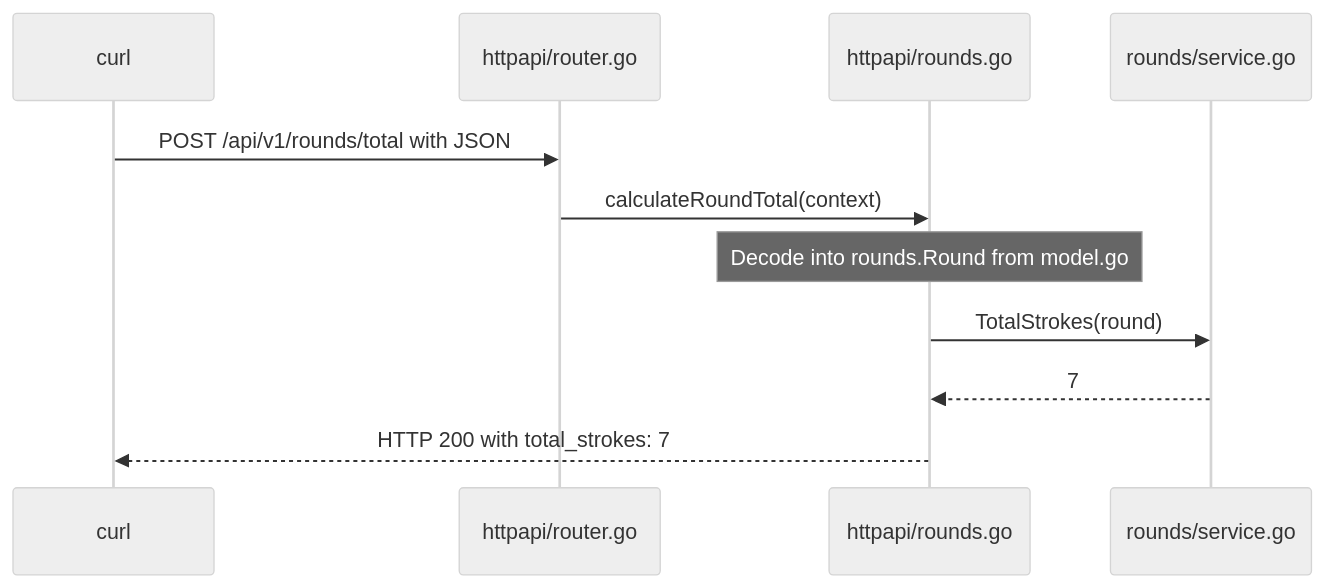
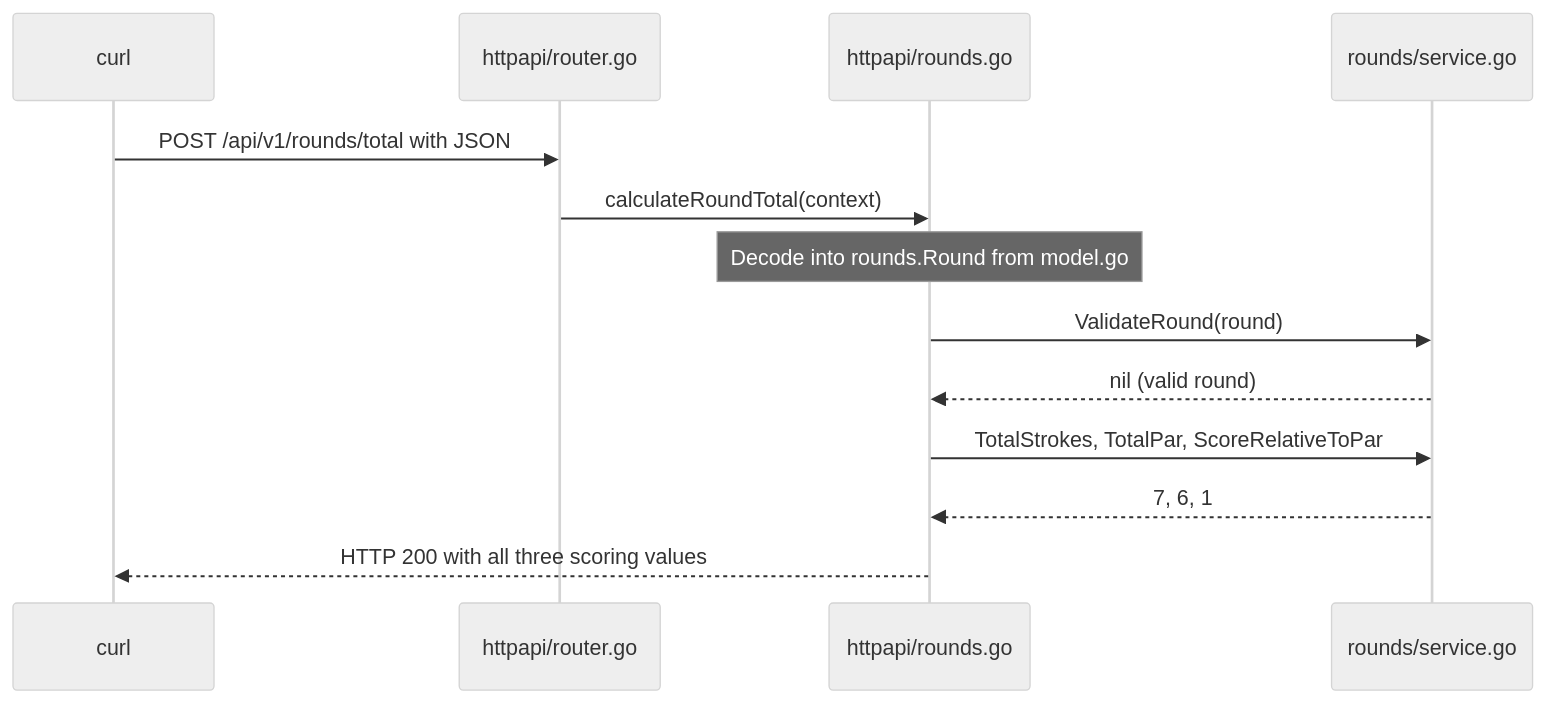
Before and after one commit to jesrnSU/jesrnSU.github.io: the diagram in docs/round-example.md, drawn with Mermaid (neutral theme). The commit also changed other lines of this file and 5 other files, not shown here.

````diff
--- a/docs/round-example.md
+++ b/docs/round-example.md
@@ -46,13 +48,15 @@
 ```mermaid
 sequenceDiagram
     participant Client as curl
     participant Router as httpapi/router.go
     participant Handler as httpapi/rounds.go
     participant Service as rounds/service.go
     Client->>Router: POST /api/v1/rounds/total with JSON
     Router->>Handler: calculateRoundTotal(context)
     Note over Handler: Decode into rounds.Round from model.go
-    Handler->>Service: TotalStrokes(round)
-    Service-->>Handler: 7
-    Handler-->>Client: HTTP 200 with total_strokes: 7
+    Handler->>Service: ValidateRound(round)
+    Service-->>Handler: nil (valid round)
+    Handler->>Service: TotalStrokes, TotalPar, ScoreRelativeToPar
+    Service-->>Handler: 7, 6, 1
+    Handler-->>Client: HTTP 200 with all three scoring values
 ```
````
